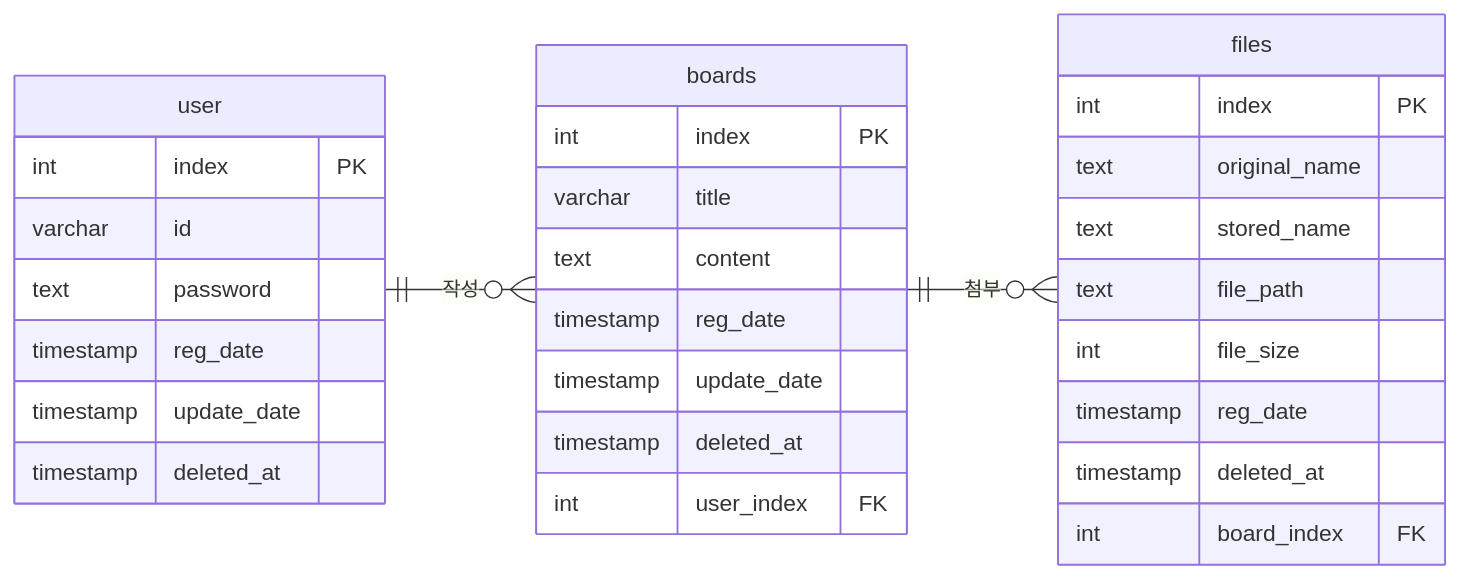
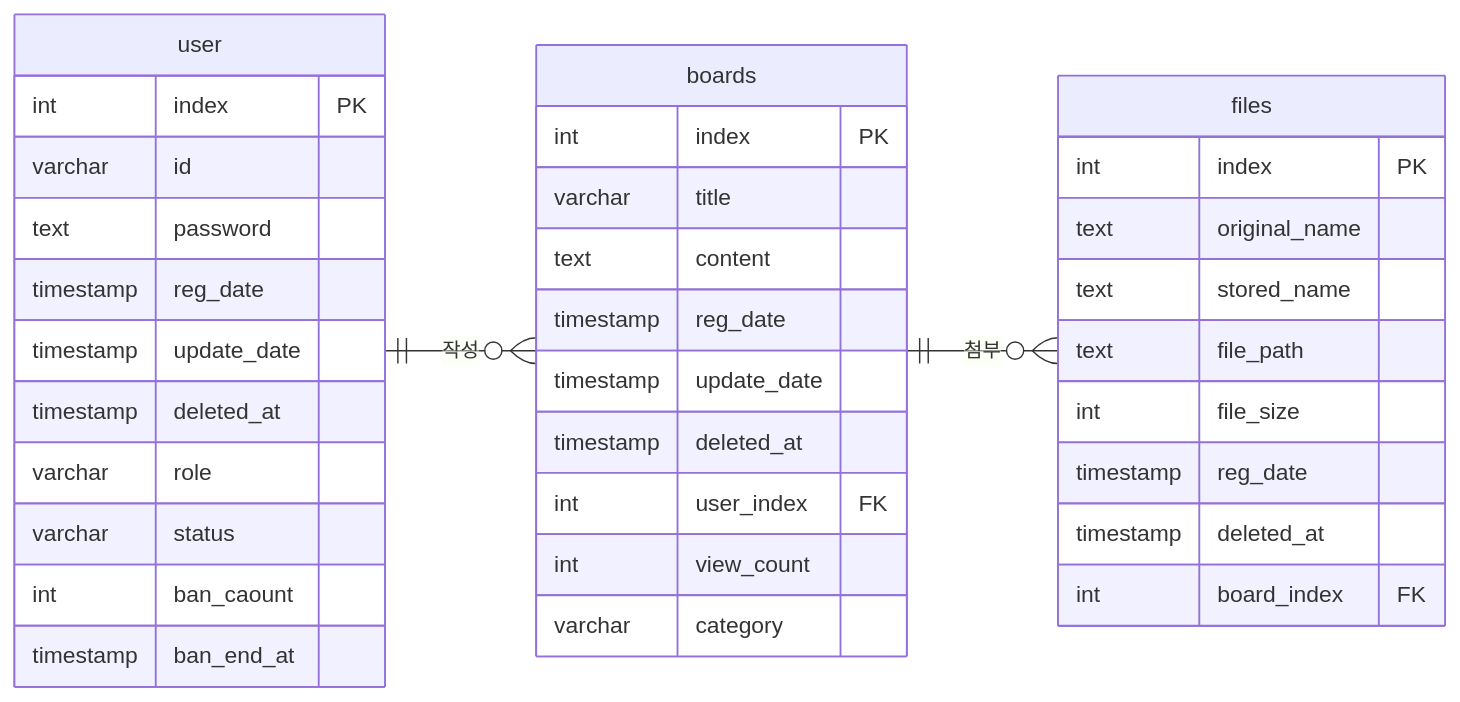
Before and after one commit to Tae-Geon-Kim/FastAPI-Community-Backend: the diagram in docs/db_table.md, drawn with Mermaid.

Commit message:
docs: db 변경 mermaid 파일 반영

````diff
--- a/docs/db_table.md
+++ b/docs/db_table.md
@@ -1,35 +1,41 @@
 ```mermaid
 erDiagram
     direction LR
     user {
         int index PK
         varchar id
         text password
         timestamp reg_date
         timestamp update_date
         timestamp deleted_at
+        varchar role
+        varchar status
+        int ban_caount
+        timestamp ban_end_at
     }
 
     boards {
         int index PK
         varchar title
         text content
         timestamp reg_date
         timestamp update_date
         timestamp deleted_at
         int user_index FK
+        int view_count
+        varchar category
     }
 
     files {
         int index PK
         text original_name
         text stored_name
         text file_path
         int file_size
         timestamp reg_date
         timestamp deleted_at
         int board_index FK
     }
     user ||--o{ boards : "작성"
     boards ||--o{ files : "첨부"
 ```
````
